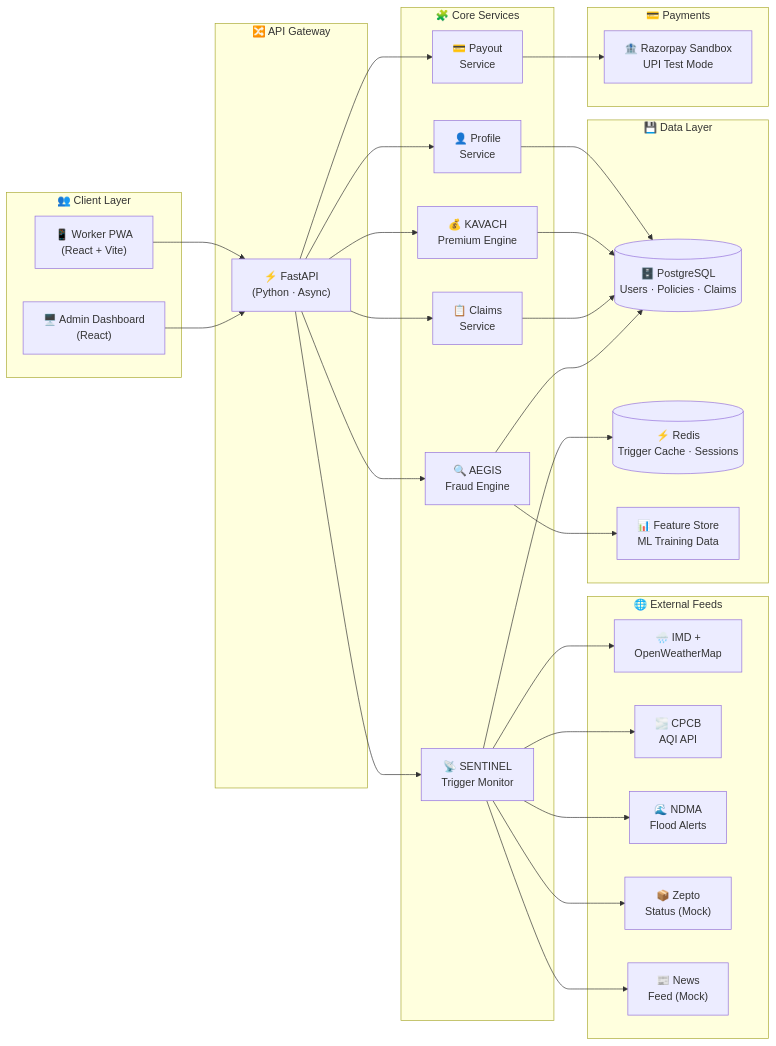
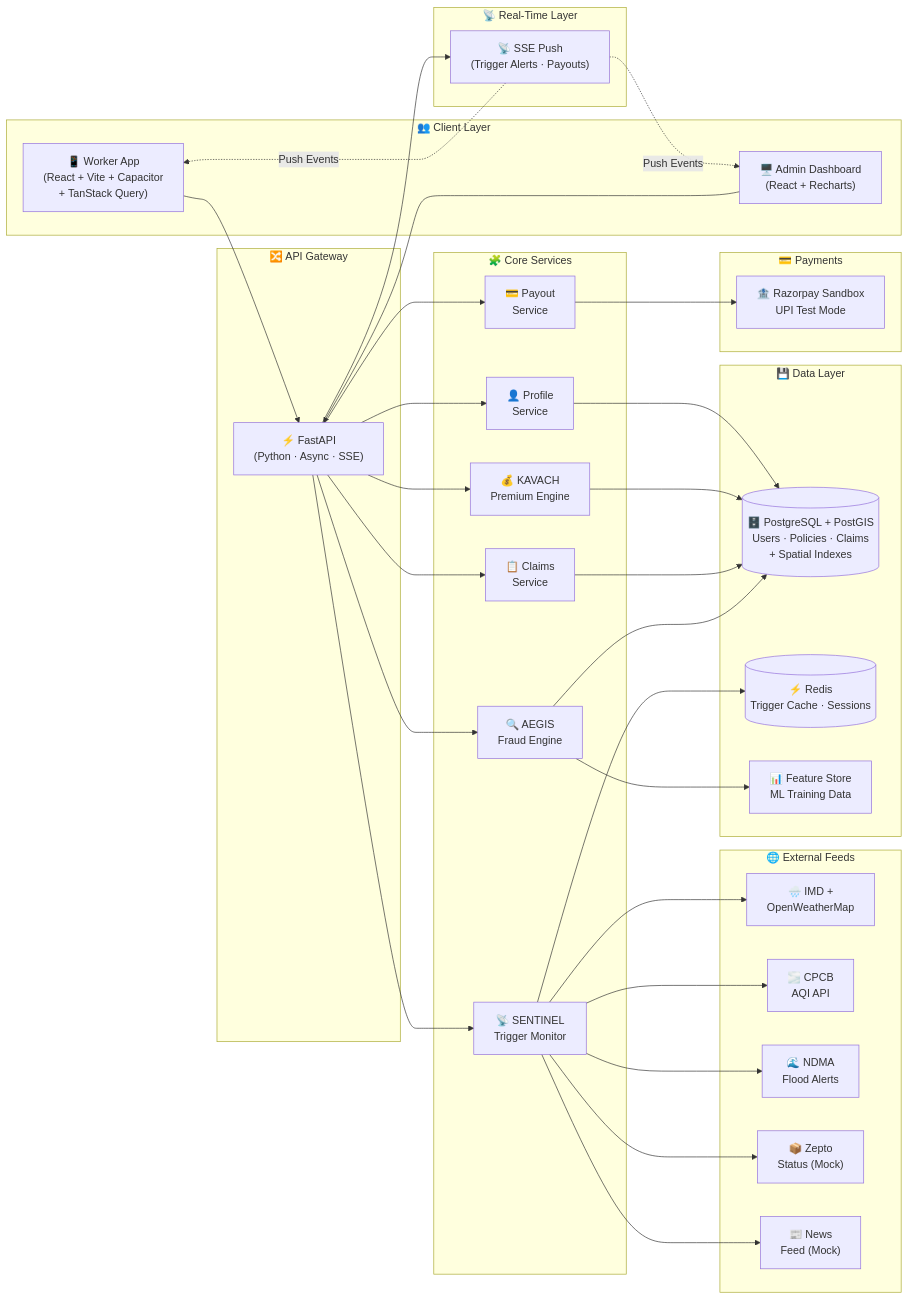
The seventh of 8 diagrams in README.md (rox-dev6/gw), drawn with Mermaid before and after one commit. The commit also changed other lines of this file, not shown here.

````diff
--- a/README.md
+++ b/README.md
@@ -530,47 +563,53 @@
 ```mermaid
 flowchart LR
     subgraph "👥 Client Layer"
-        U["📱 Worker PWA\n(React + Vite)"]
-        D["🖥️ Admin Dashboard\n(React)"]
+        U["📱 Worker App\n(React + Vite + Capacitor\n+ TanStack Query)"]
+        D["🖥️ Admin Dashboard\n(React + Recharts)"]
     end
 
     subgraph "🔀 API Gateway"
-        API["⚡ FastAPI\n(Python · Async)"]
+        API["⚡ FastAPI\n(Python · Async · SSE)"]
     end
 
     subgraph "🧩 Core Services"
         P["👤 Profile\nService"]
         KV["💰 KAVACH\nPremium Engine"]
         SN["📡 SENTINEL\nTrigger Monitor"]
         CL["📋 Claims\nService"]
         AE["🔍 AEGIS\nFraud Engine"]
         PY["💳 Payout\nService"]
     end
 
     subgraph "🌐 External Feeds"
         W["🌧️ IMD +\nOpenWeatherMap"]
         AQ["🌫️ CPCB\nAQI API"]
         ND["🌊 NDMA\nFlood Alerts"]
         PL["📦 Zepto\nStatus (Mock)"]
         NW["📰 News\nFeed (Mock)"]
     end
 
     subgraph "💾 Data Layer"
-        DB[("🗄️ PostgreSQL\nUsers · Policies · Claims")]
+        DB[("🗄️ PostgreSQL + PostGIS\nUsers · Policies · Claims\n+ Spatial Indexes")]
         RD[("⚡ Redis\nTrigger Cache · Sessions")]
         FS["📊 Feature Store\nML Training Data"]
     end
 
     subgraph "💳 Payments"
         RZ["🏦 Razorpay Sandbox\nUPI Test Mode"]
     end
 
+    subgraph "📡 Real-Time Layer"
+        SSE["📡 SSE Push\n(Trigger Alerts · Payouts)"]
+    end
+
     U --> API
     D --> API
     API --> P & KV & SN & CL & AE & PY
+    API --> SSE
+    SSE -.->|"Push Events"| U & D
     SN --> W & AQ & ND & PL & NW
     AE --> FS
     PY --> RZ
     P & KV & CL & AE --> DB
     SN --> RD
 ```
````
